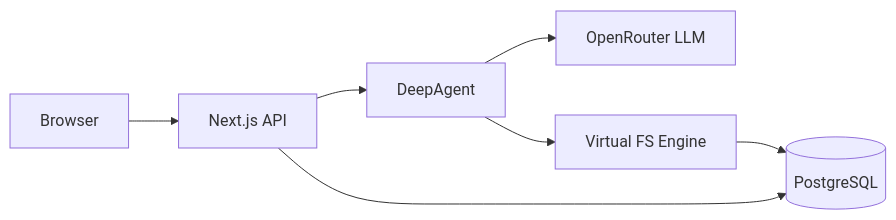
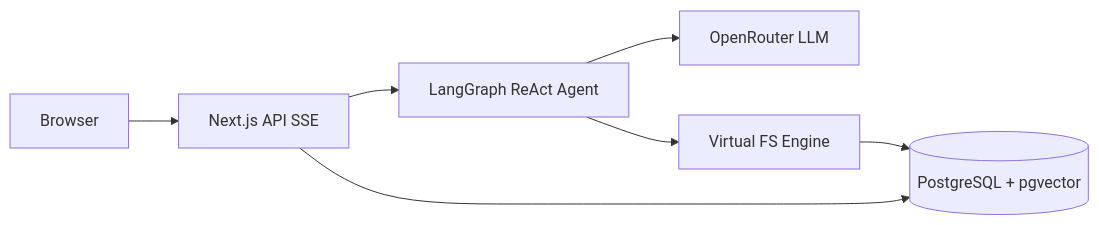
Before and after one commit to potenlab/virual-vs-deep-agent: the first of 3 diagrams in README.md, drawn with Mermaid. The commit also changed other lines of this file and 3 other files, not shown here.

````diff
--- a/README.md
+++ b/README.md
@@ -7,9 +9,9 @@
 ```mermaid
 flowchart LR
-    A[Browser] --> B[Next.js API]
-    B --> C[DeepAgent]
+    A[Browser] --> B[Next.js API SSE]
+    B --> C[LangGraph ReAct Agent]
     C --> D[OpenRouter LLM]
     C --> E[Virtual FS Engine]
-    E --> F[(PostgreSQL)]
+    E --> F[(PostgreSQL + pgvector)]
     B --> F
 ```
````
